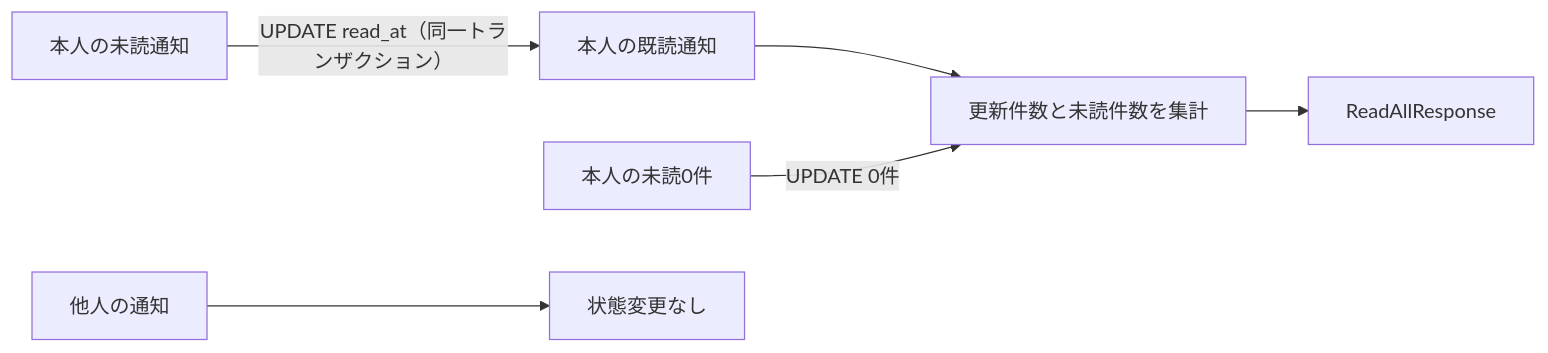
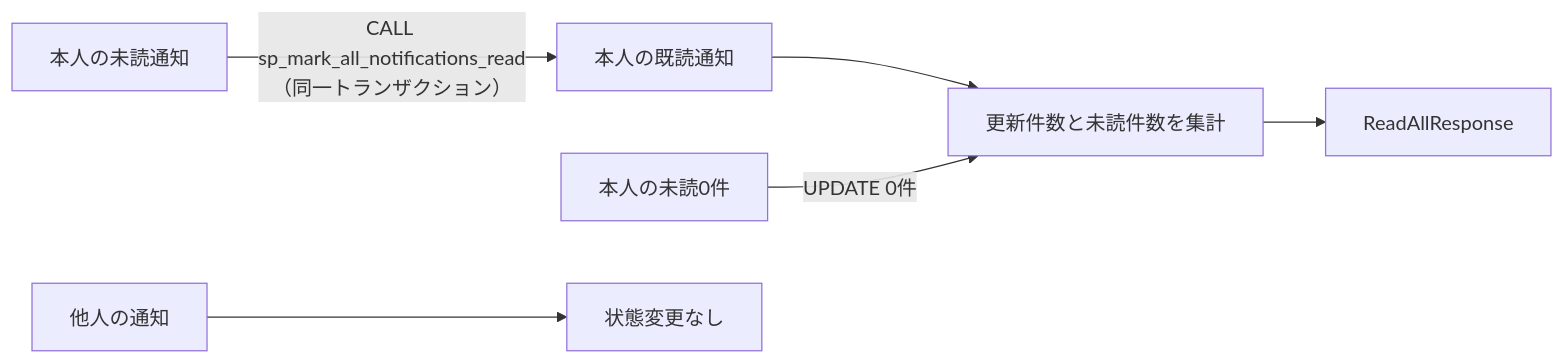
One commit to oikawa-d/task_management changed the third of 3 diagrams in detailed_design/api/notifications/04_post_notifications_read_all.md. Above: the diagram before and after it, drawn with Mermaid. The commit also changed other lines of this file and 58 other files, not shown here.

````diff
--- a/detailed_design/api/notifications/04_post_notifications_read_all.md
+++ b/detailed_design/api/notifications/04_post_notifications_read_all.md
@@ -115,8 +115,8 @@
 ```mermaid
 flowchart LR
-    A["本人の未読通知"] -->|"UPDATE read_at（同一トランザクション）"| B["本人の既読通知"]
+    A["本人の未読通知"] -->|"CALL sp_mark_all_notifications_read（同一トランザクション）"| B["本人の既読通知"]
     B --> C["更新件数と未読件数を集計"]
     C --> D["ReadAllResponse"]
     E["本人の未読0件"] -->|"UPDATE 0件"| C
     F["他人の通知"] --> G["状態変更なし"]
 ```
````
